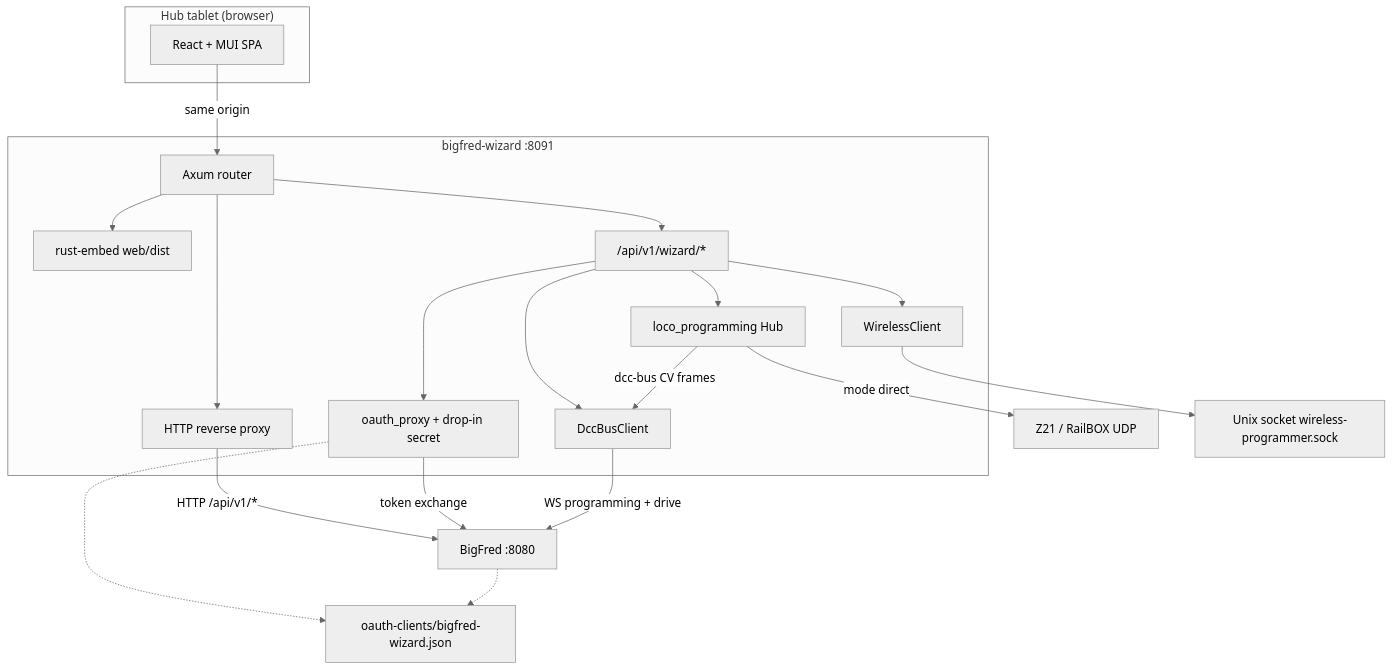
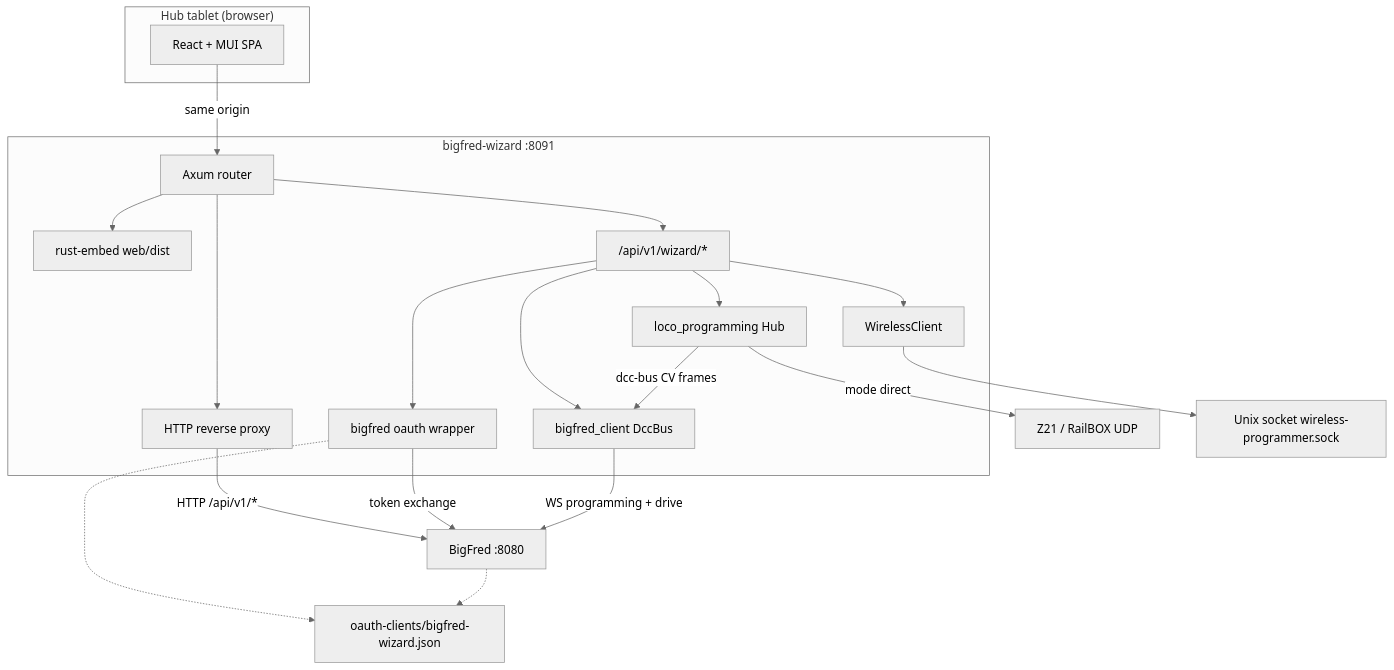
Before and after one commit to dcc-bigfred/bigfred-wizard: the first of 3 diagrams in ARCHITECTURE.md, drawn with Mermaid (neutral theme). The commit also changed other lines of this file and 20 other files, not shown here.

First line of the commit message:
refactor: extract BigFred client into bigfred-client crate

````diff
--- a/ARCHITECTURE.md
+++ b/ARCHITECTURE.md
@@ -66,36 +66,36 @@
 ```mermaid
 flowchart TB
     subgraph Tablet["Hub tablet (browser)"]
         SPA["React + MUI SPA"]
     end
     subgraph Daemon["bigfred-wizard :8091"]
         Axum["Axum router"]
         Embed["rust-embed web/dist"]
         WizardAPI["/api/v1/wizard/*"]
         Proxy["HTTP reverse proxy"]
-        Dcc["DccBusClient"]
+        Dcc["bigfred_client DccBus"]
         Loco["loco_programming Hub"]
         Wp["WirelessClient"]
-        Oauth["oauth_proxy + drop-in secret"]
+        Oauth["bigfred oauth wrapper"]
         Axum --> Embed
         Axum --> WizardAPI
         Axum --> Proxy
         WizardAPI --> Oauth
         WizardAPI --> Loco
         WizardAPI --> Dcc
         WizardAPI --> Wp
     end
     BF["BigFred :8080"]
     Z21["Z21 / RailBOX UDP"]
     Sock["Unix socket wireless-programmer.sock"]
     Dropin["oauth-clients/bigfred-wizard.json"]
     SPA -->|"same origin"| Axum
     Proxy -->|"HTTP /api/v1/*"| BF
     Oauth -->|"token exchange"| BF
     Loco -->|"dcc-bus CV frames"| Dcc
     Loco -->|"mode direct"| Z21
     Dcc -->|"WS programming + drive"| BF
     Wp --> Sock
     Oauth -.-> Dropin
     BF -.-> Dropin
 ```
````
